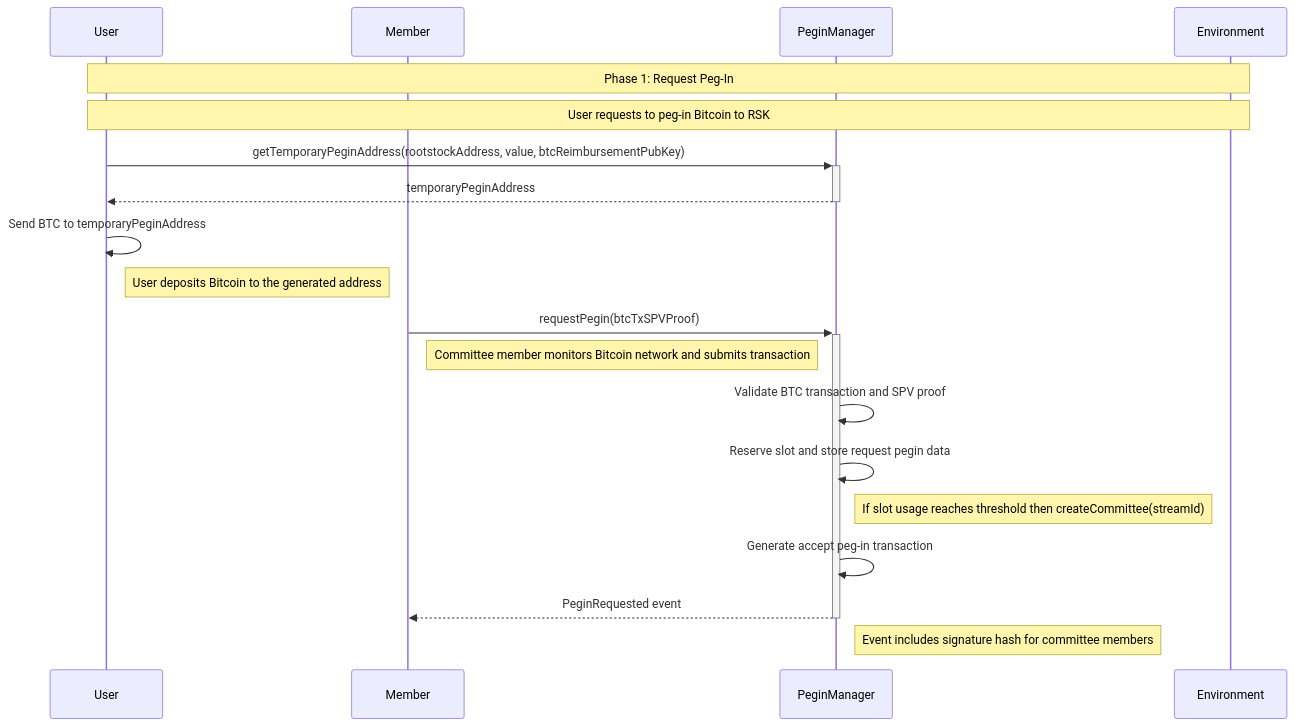
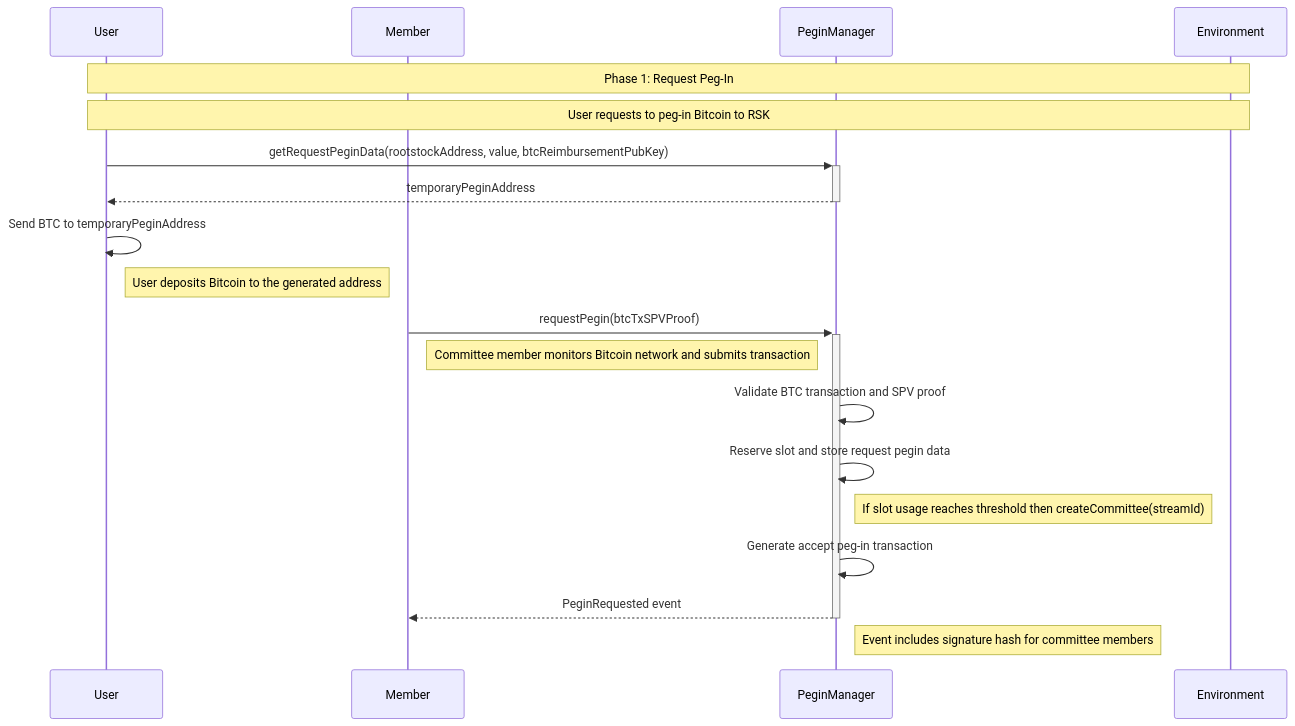
The fifth of 14 diagrams in README.md (rsksmart/union-bridge-contracts), drawn with Mermaid before and after one commit. The commit also changed other lines of this file and 9 other files, not shown here.

````diff
--- a/README.md
+++ b/README.md
@@ -723,25 +723,25 @@
 ```mermaid
 sequenceDiagram
     participant U as User
     participant M as Member
     participant PIM as PeginManager
     participant ENV as Environment
 
     Note over U,ENV: Phase 1: Request Peg-In
     Note over U,ENV: User requests to peg-in Bitcoin to RSK
 
-    U->>+PIM: getTemporaryPeginAddress(rootstockAddress, value, btcReimbursementPubKey)
+    U->>+PIM: getRequestPeginData(rootstockAddress, value, btcReimbursementPubKey)
     PIM-->>-U: temporaryPeginAddress
 
     U->>U: Send BTC to temporaryPeginAddress
     Note right of U: User deposits Bitcoin to the generated address
 
     M->>+PIM: requestPegin(btcTxSPVProof)
     Note right of M: Committee member monitors Bitcoin network and submits transaction
     PIM->>PIM: Validate BTC transaction and SPV proof
     PIM->>PIM: Reserve slot and store request pegin data
     Note right of PIM: If slot usage reaches threshold then createCommittee(streamId)
     PIM->>PIM: Generate accept peg-in transaction
     PIM-->>-M: PeginRequested event
     Note right of PIM: Event includes signature hash for committee members
 ```
````
